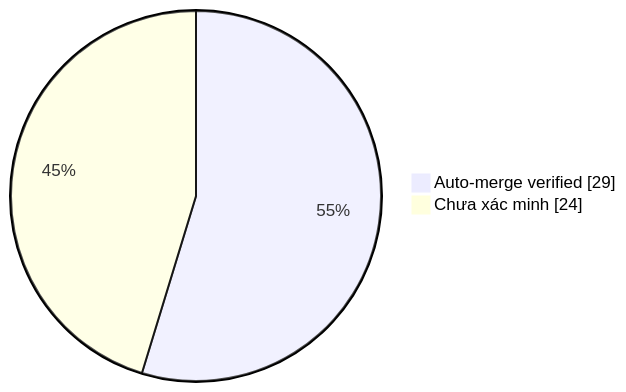
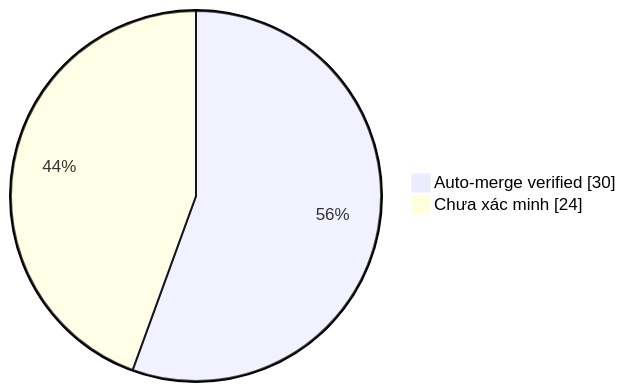
Before and after one commit to duykhang68/tetdinhmuiblog: the diagram in collector.md, drawn with Mermaid. The commit also changed other lines of this file and 1 other file, not shown here.

Commit message:
docs(collector): update auto-merge evidence dashboard

````diff
--- a/collector.md
+++ b/collector.md
@@ -22,5 +22,5 @@
 ```mermaid
 pie showData
-    "Auto-merge verified" : 29
+    "Auto-merge verified" : 30
     "Chưa xác minh" : 24
 ```
````
